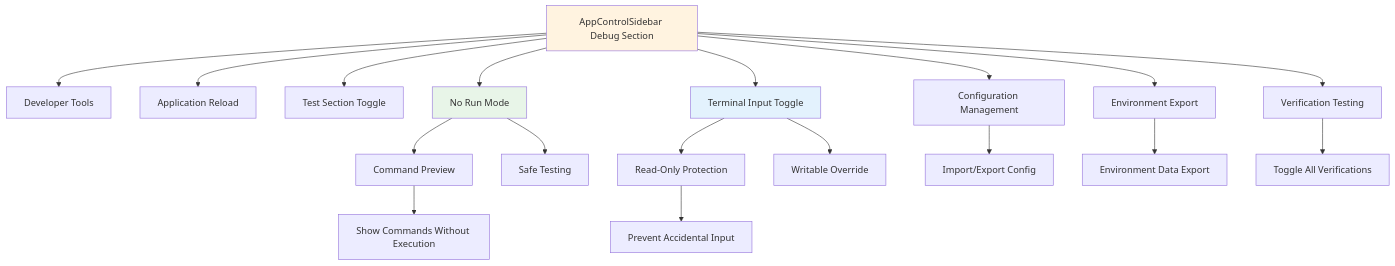
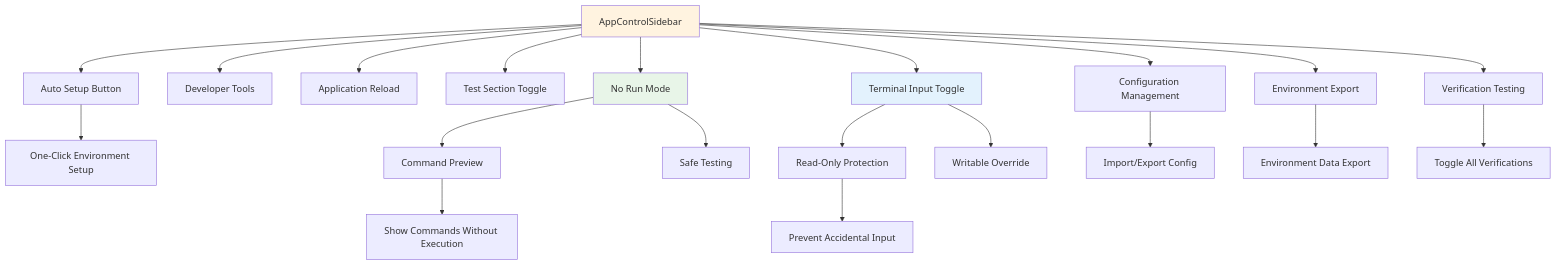
One commit to sagy101/ProjectName-Manager changed diagram 15 of 15 in docs/architecture.md. Above: the diagram before and after it, drawn with Mermaid. The commit also changed other lines of this file and 19 other files, not shown here.

Commit message:
docs: verify and update auto-setup-guide.md for accuracy

````diff
--- a/docs/architecture.md
+++ b/docs/architecture.md
@@ -689,28 +868,31 @@
 ```mermaid
 graph TB
-    A[AppControlSidebar Debug Section] --> B[Developer Tools]
+    A[AppControlSidebar] --> AA[Auto Setup Button]
+    A --> B[Developer Tools]
     A --> C[Application Reload]
     A --> D[Test Section Toggle]
     A --> E[No Run Mode]
     A --> F[Terminal Input Toggle]
     A --> G[Configuration Management]
     A --> H[Environment Export]
     A --> I[Verification Testing]
+    
+    AA --> AB[One-Click Environment Setup]
     
     E --> J[Command Preview]
     E --> K[Safe Testing]
     
     F --> L[Read-Only Protection]
     F --> M[Writable Override]
     
     G --> N[Import/Export Config]
     H --> O[Environment Data Export]
     I --> P[Toggle All Verifications]
     
     J --> Q[Show Commands Without Execution]
     L --> R[Prevent Accidental Input]
     
     style A fill:#fff3e0
     style E fill:#e8f5e8
     style F fill:#e3f2fd
 ```
````
